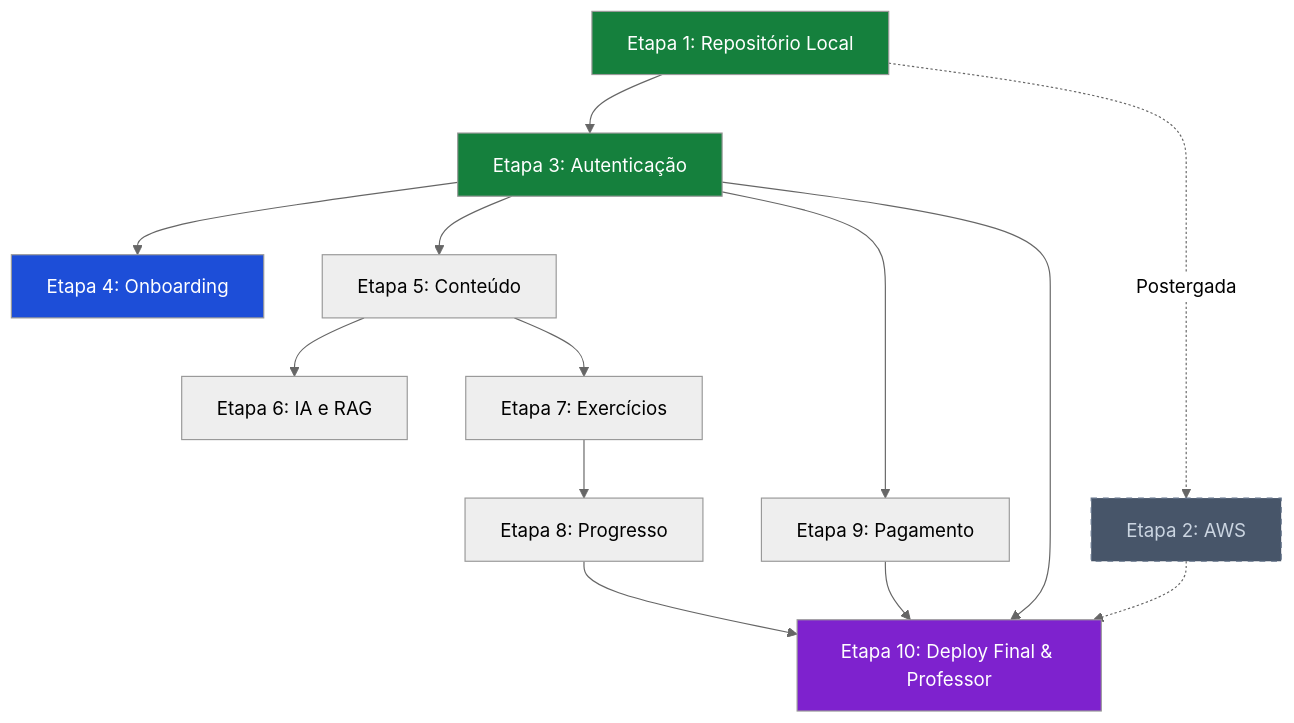
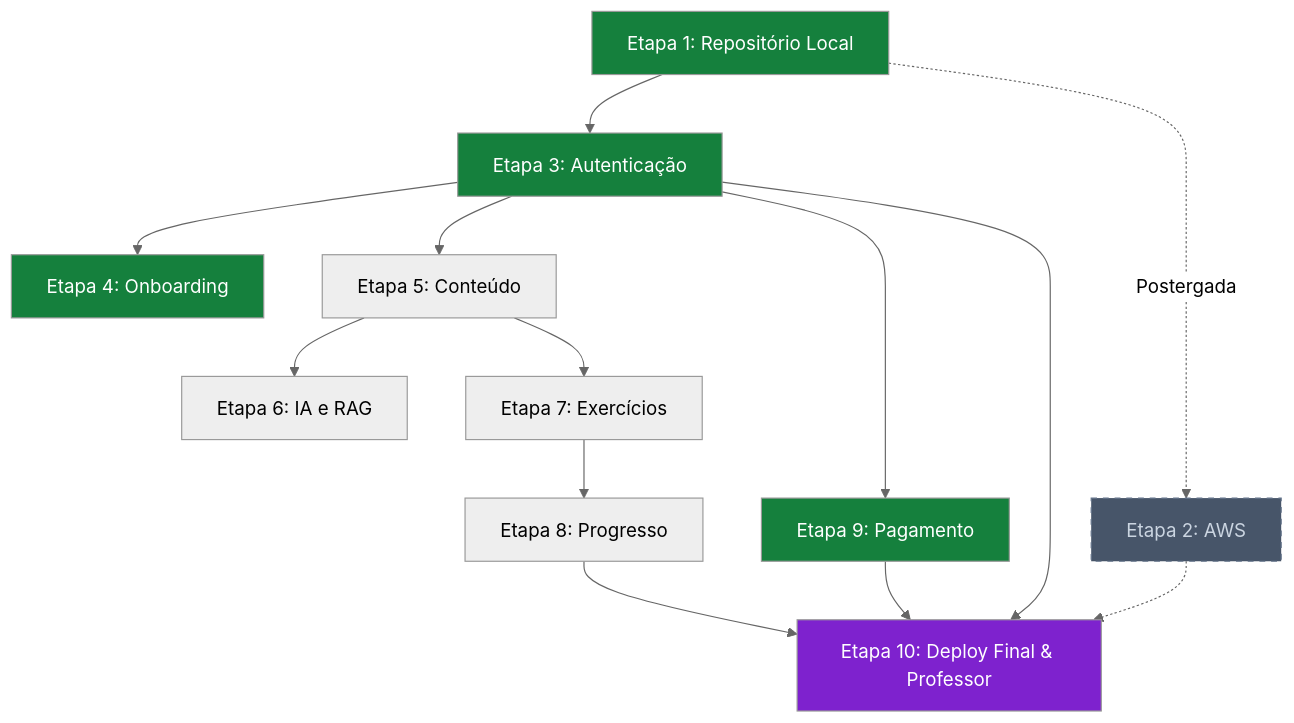
One commit to SiadeLucas/Tutor-Inteligente changed the second of 2 diagrams in docs-site/docs/implementation/index.md. Above: the diagram before and after it, drawn with Mermaid (neutral theme). The commit also changed other lines of this file and 29 other files, not shown here.

````diff
--- a/docs-site/docs/implementation/index.md
+++ b/docs-site/docs/implementation/index.md
@@ -179,21 +180,22 @@
 ```mermaid
 graph TD
     E1["Etapa 1: Repositório Local"] --> E3["Etapa 3: Autenticação"]
     E1 -.->|Postergada| E2["Etapa 2: AWS"]
     E3 --> E4["Etapa 4: Onboarding"]
     E3 --> E5["Etapa 5: Conteúdo"]
     E5 --> E6["Etapa 6: IA e RAG"]
     E5 --> E7["Etapa 7: Exercícios"]
     E7 --> E8["Etapa 8: Progresso"]
     E3 --> E9["Etapa 9: Pagamento"]
     E3 --> E10["Etapa 10: Deploy Final & Professor"]
     E8 --> E10
     E9 --> E10
     E2 -.-> E10
 
     style E1 fill:#15803d,color:#fff
     style E2 fill:#475569,stroke:#64748b,stroke-dasharray: 5 5,color:#cbd5e1
     style E3 fill:#15803d,color:#fff
-    style E4 fill:#1d4ed8,color:#fff
+    style E4 fill:#15803d,color:#fff
+    style E9 fill:#15803d,color:#fff
     style E10 fill:#7e22ce,color:#fff
 ```
````
